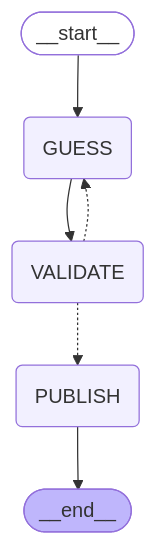
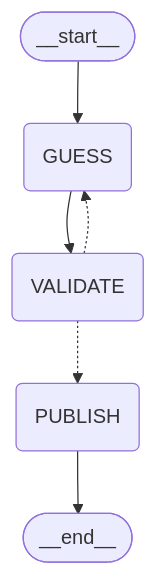
Before and after one commit to Navin3d/NYT-Wordle-Solver: the diagram in README.md, drawn with Mermaid. The commit also changed other lines of this file and 11 other files, not shown here.

First line of the commit message:
feat: overhaul Wordle solver architecture with modular components and improved prompts

````diff
--- a/README.md
+++ b/README.md
@@ -25,16 +36,14 @@
 ```mermaid
 graph TD;
-        __start__([<p>__start__</p>]):::first
-        GUESS(GUESS)
-        VALIDATE(VALIDATE)
-        PUBLISH(PUBLISH)
-        __end__([<p>__end__</p>]):::last
-        GUESS --> VALIDATE;
-        VALIDATE -.-> GUESS;
-        VALIDATE -.-> PUBLISH;
-        __start__ --> GUESS;
-        PUBLISH --> __end__;
-        classDef default fill:#f2f0ff,line-height:1.2
-        classDef first fill-opacity:0
-        classDef last fill:#bfb6fc
+    __start__([__start__])
+    GUESS(GUESS)
+    VALIDATE(VALIDATE)
+    PUBLISH(PUBLISH)
+    __end__([__end__])
+
+    __start__ --> GUESS;
+    GUESS --> VALIDATE;
+    VALIDATE -.-> GUESS;
+    VALIDATE -.-> PUBLISH;
+    PUBLISH --> __end__;
 ```
````
